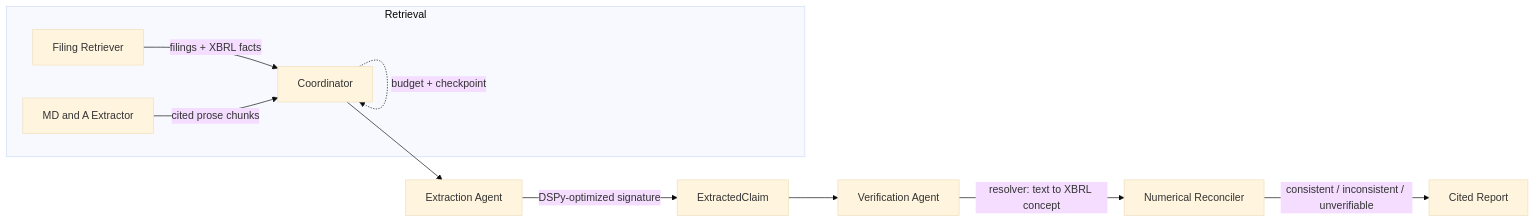
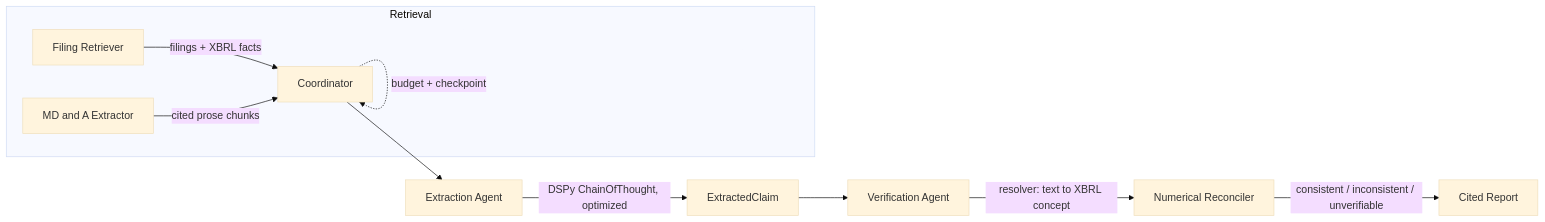
Before and after one commit to asim-aa/disclosure-verifier: the diagram in README.md, drawn with Mermaid (base theme). The commit also changed other lines of this file and 3 other files, not shown here.

````diff
--- a/README.md
+++ b/README.md
@@ -25,13 +25,13 @@
 ```mermaid
 flowchart LR
     subgraph Retrieval
         A["Filing Retriever"] -->|"filings + XBRL facts"| D
         B["MD and A Extractor"] -->|"cited prose chunks"| D
     end
     D["Coordinator"] --> E["Extraction Agent"]
-    E -->|"DSPy-optimized signature"| F["ExtractedClaim"]
+    E -->|"DSPy ChainOfThought, optimized"| F["ExtractedClaim"]
     F --> G["Verification Agent"]
     G -->|"resolver: text to XBRL concept"| H["Numerical Reconciler"]
     H -->|"consistent / inconsistent / unverifiable"| I["Cited Report"]
     D -. "budget + checkpoint" .-> D
 ```
````
